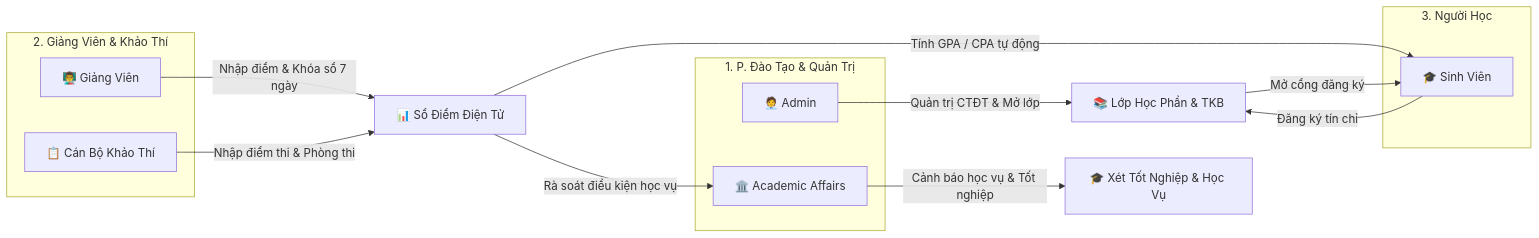
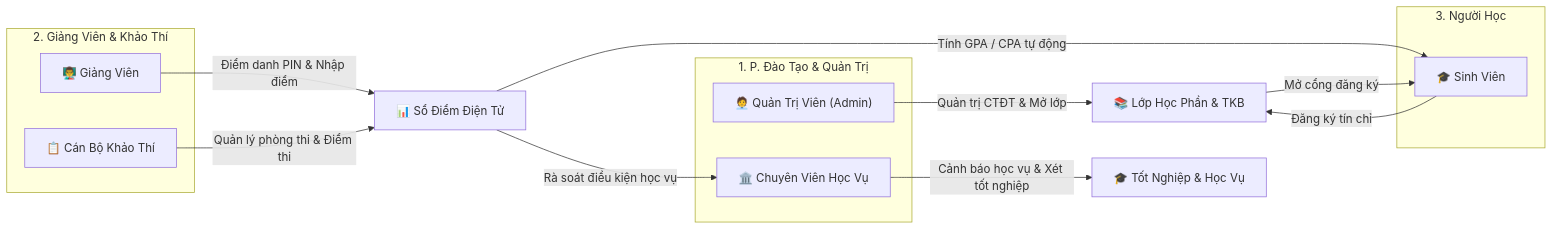
Before and after one commit to DevMarkie/DoAnChuyenNganh: the third of 3 diagrams in README.md, drawn with Mermaid. The commit also changed other lines of this file and 1 other file, not shown here.

````diff
--- a/README.md
+++ b/README.md
@@ -136,23 +158,23 @@
 ```mermaid
 flowchart LR
     subgraph Admins ["1. P. Đào Tạo & Quản Trị"]
-        Admin["🧑‍💼 Admin"]
-        AA["🏛️ Academic Affairs"]
+        Admin["🧑‍💼 Quản Trị Viên (Admin)"]
+        AA["🏛️ Chuyên Viên Học Vụ"]
     end
     subgraph Faculty ["2. Giảng Viên & Khảo Thí"]
         Lecturer["👨‍🏫 Giảng Viên"]
         ExamOfficer["📋 Cán Bộ Khảo Thí"]
     end
     subgraph Learners ["3. Người Học"]
         Student["🎓 Sinh Viên"]
     end
 
     Admin -->|Quản trị CTĐT & Mở lớp| CoursePool["📚 Lớp Học Phần & TKB"]
-    AA -->|Cảnh báo học vụ & Tốt nghiệp| DegreeAudit["🎓 Xét Tốt Nghiệp & Học Vụ"]
+    AA -->|Cảnh báo học vụ & Xét tốt nghiệp| DegreeAudit["🎓 Tốt Nghiệp & Học Vụ"]
     CoursePool -->|Mở cổng đăng ký| Student
     Student -->|Đăng ký tín chỉ| CoursePool
-    Lecturer -->|Nhập điểm & Khóa sổ 7 ngày| GradeBook["📊 Sổ Điểm Điện Tử"]
-    ExamOfficer -->|Nhập điểm thi & Phòng thi| GradeBook
+    Lecturer -->|Điểm danh PIN & Nhập điểm| GradeBook["📊 Sổ Điểm Điện Tử"]
+    ExamOfficer -->|Quản lý phòng thi & Điểm thi| GradeBook
     GradeBook -->|Tính GPA / CPA tự động| Student
     GradeBook -->|Rà soát điều kiện học vụ| AA
 ```
````
